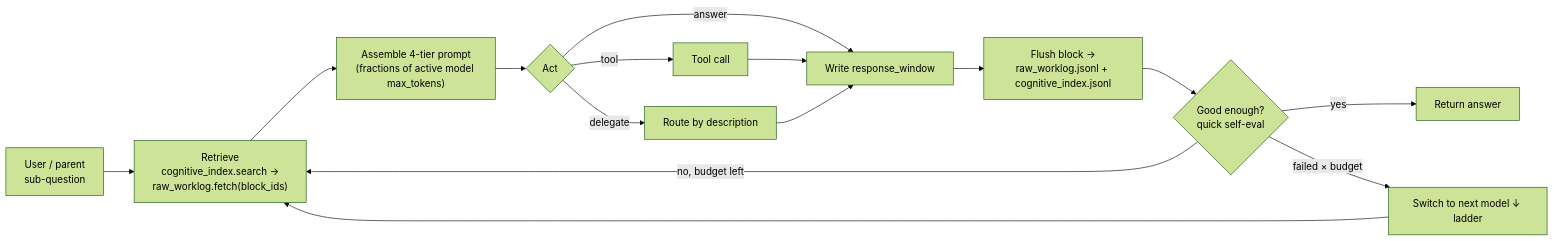
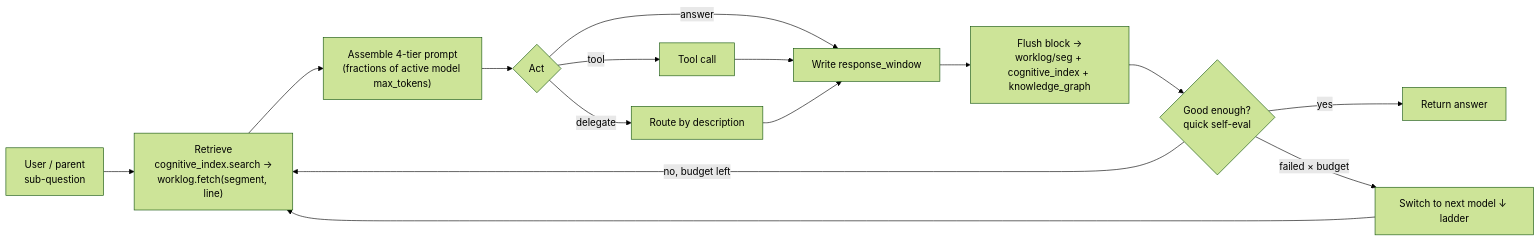
Before and after one commit to NguyenPhamCode4You/ai-home-lab-docker-compose: the diagram in ai-c4y/planning/planning.md, drawn with Mermaid (forest theme). The commit also changed other lines of this file and 2 other files, not shown here.

````diff
--- a/ai-c4y/planning/planning.md
+++ b/ai-c4y/planning/planning.md
@@ -132,17 +173,17 @@
 ```mermaid
 flowchart LR
-    Q["User / parent<br/>sub-question"] --> R["Retrieve<br/>cognitive_index.search →<br/>raw_worklog.fetch(block_ids)"]
+    Q["User / parent<br/>sub-question"] --> R["Retrieve<br/>cognitive_index.search →<br/>worklog.fetch(segment, line)"]
     R --> A["Assemble 4-tier prompt<br/>(fractions of active model max_tokens)"]
     A --> M{"Act"}
     M -->|tool| T["Tool call"]
     M -->|delegate| D["Route by description"]
     M -->|answer| W["Write response_window"]
     T --> W
     D --> W
-    W --> F["Flush block →<br/>raw_worklog.jsonl + cognitive_index.jsonl"]
+    W --> F["Flush block →<br/>worklog/seg + cognitive_index + knowledge_graph"]
     F --> E{"Good enough?<br/>quick self-eval"}
     E -->|"yes"| DONE["Return answer"]
     E -->|"no, budget left"| R
     E -->|"failed × budget"| S["Switch to next model ↓ ladder"]
     S --> R
 ```
````
